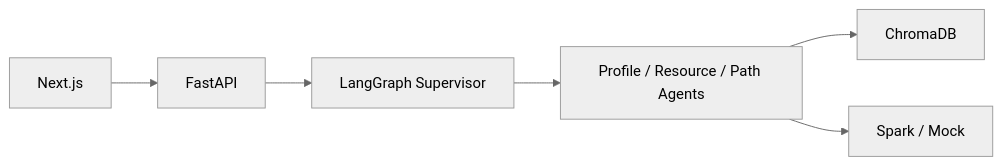
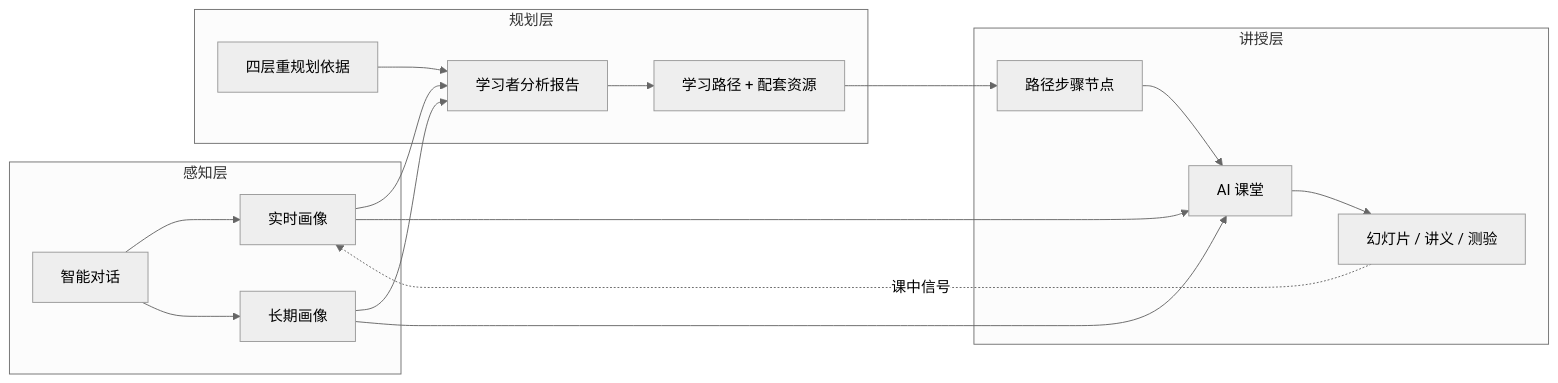
One commit to NPUYUN/LearnPath changed the first of 2 diagrams in README.md. Above: the diagram before and after it, drawn with Mermaid (neutral theme). The commit also changed other lines of this file and 97 other files, not shown here.

First line of the commit message:
feat: add AI classroom, realtime profile, and async path replan

````diff
--- a/README.md
+++ b/README.md
@@ -276,8 +184,33 @@
 ```mermaid
 flowchart LR
-  UI[Next.js] --> API[FastAPI]
-  API --> Graph[LangGraph Supervisor]
-  Graph --> Agents[Profile / Resource / Path Agents]
-  Agents --> RAG[ChromaDB]
-  Agents --> LLM[Spark / Mock]
+  subgraph sense [感知层]
+    Chat[智能对话]
+    RT[实时画像]
+    LT[长期画像]
+  end
+
+  subgraph plan [规划层]
+    Ctx[四层重规划依据]
+    Analysis[学习者分析报告]
+    Path[学习路径 + 配套资源]
+  end
+
+  subgraph teach [讲授层]
+    Step[路径步骤节点]
+    Room[AI 课堂]
+    PPT[幻灯片 / 讲义 / 测验]
+  end
+
+  Chat --> RT
+  Chat --> LT
+  RT --> Analysis
+  LT --> Analysis
+  Ctx --> Analysis
+  Analysis --> Path
+  Path --> Step
+  RT --> Room
+  LT --> Room
+  Step --> Room
+  Room --> PPT
+  PPT -.课中信号.-> RT
 ```
````
